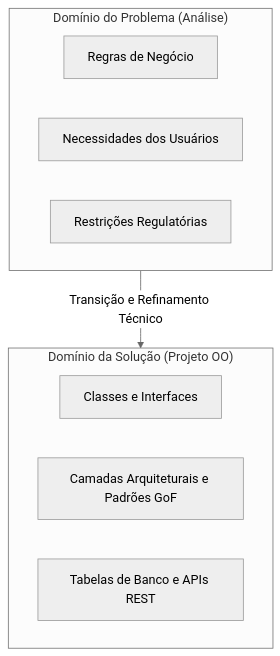
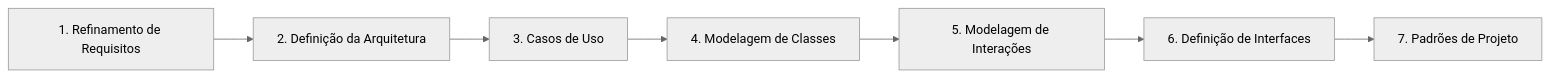
One commit to murilolol/unifef changed the fourth of 28 diagrams in 4º Semestre/[Prof. Wesley Soares] Engenharia de Software II/Resumos-IA/Caderno-Consolidado.md. Above: the diagram before and after it, drawn with Mermaid (neutral theme). The commit also changed other lines of this file and 40 other files, not shown here.

````diff
--- a/4º Semestre/[Prof. Wesley Soares] Engenharia de Software II/Resumos-IA/Caderno-Consolidado.md
+++ b/4º Semestre/[Prof. Wesley Soares] Engenharia de Software II/Resumos-IA/Caderno-Consolidado.md
@@ -147,16 +217,9 @@
 ```mermaid
-flowchart TD
-    subgraph DominioProblema["Domínio do Problema (Análise)"]
-        A1["Regras de Negócio"]
-        A2["Necessidades dos Usuários"]
-        A3["Restrições Regulatórias"]
-    end
-
-    subgraph DominioSolucao["Domínio da Solução (Projeto OO)"]
-        S1["Classes e Interfaces"]
-        S2["Camadas Arquiteturais e Padrões GoF"]
-        S3["Tabelas de Banco e APIs REST"]
-    end
-
-    DominioProblema -->|"Transição e Refinamento Técnico"| DominioSolucao
+flowchart LR
+    M1["1. Refinamento de Requisitos"] --> M2["2. Definição da Arquitetura"]
+    M2 --> M3["3. Casos de Uso"]
+    M3 --> M4["4. Modelagem de Classes"]
+    M4 --> M5["5. Modelagem de Interações"]
+    M5 --> M6["6. Definição de Interfaces"]
+    M6 --> M7["7. Padrões de Projeto"]
 ```
````
